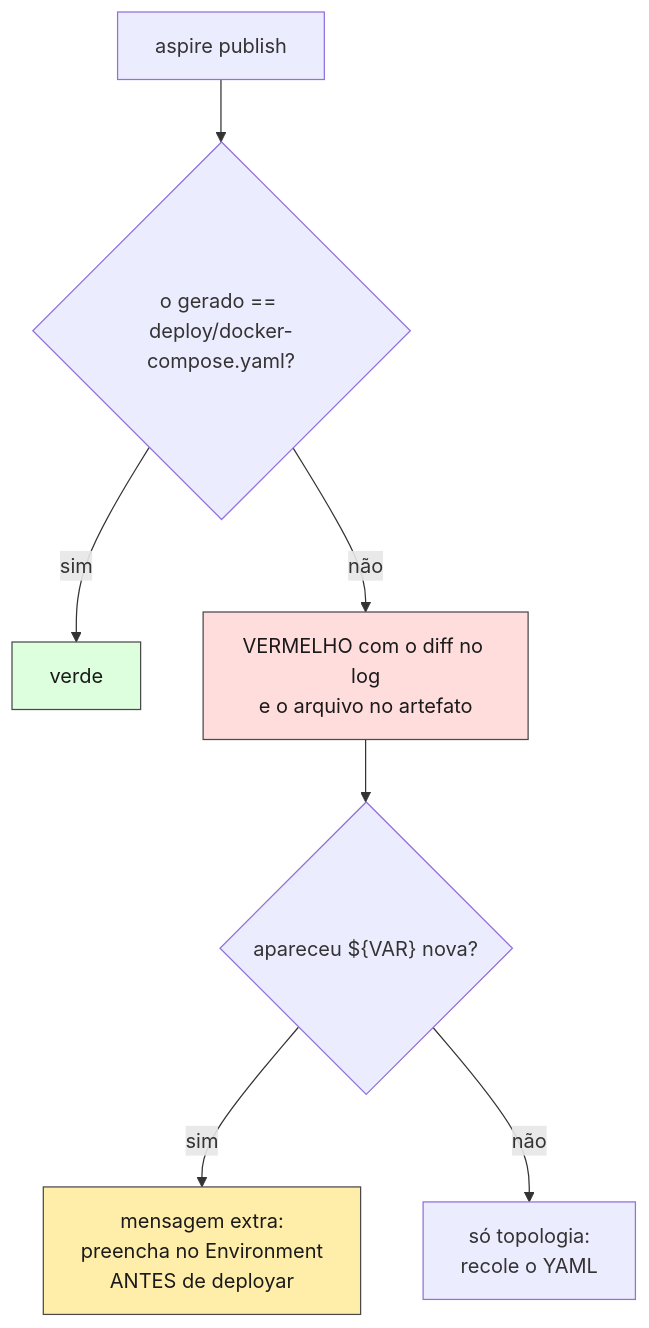
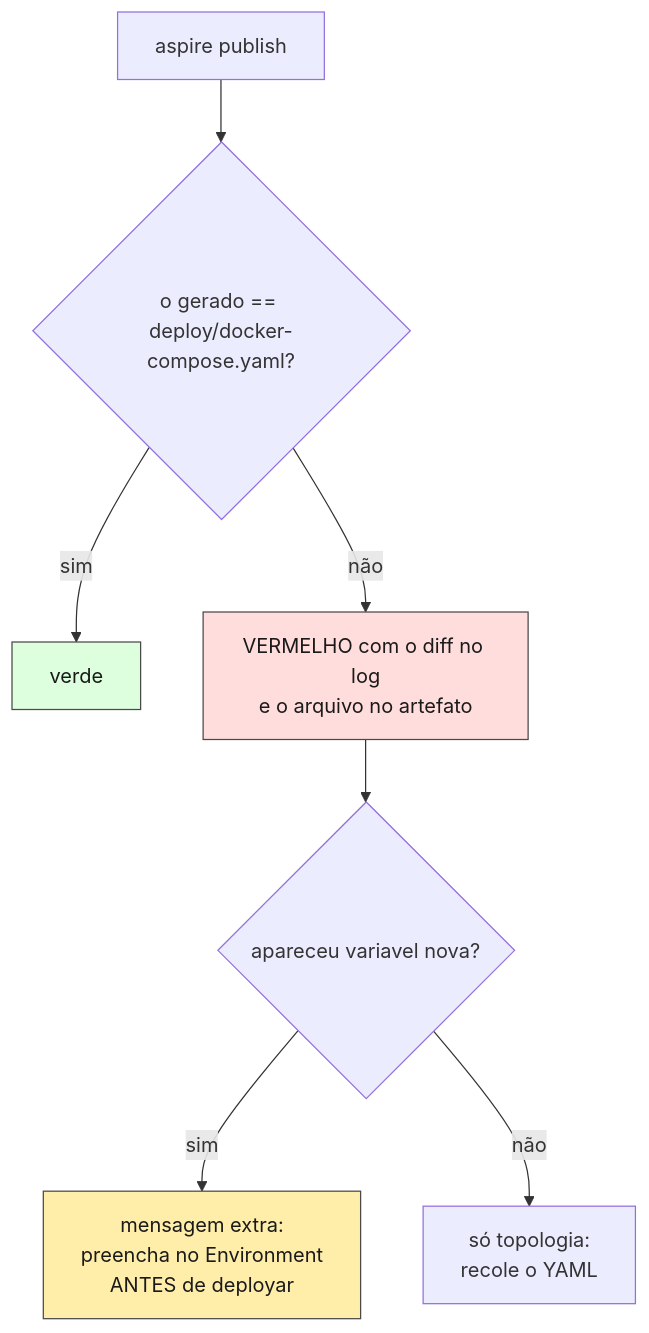
One commit to procfit/MLDemandForcastPOC changed the seventh of 11 diagrams in Docs/fluxo-de-entrega.md. Above: the diagram before and after it, drawn with Mermaid. The commit also changed other lines of this file and 3 other files, not shown here.

````diff
--- a/Docs/fluxo-de-entrega.md
+++ b/Docs/fluxo-de-entrega.md
@@ -184,13 +187,13 @@
 ```mermaid
 flowchart TB
     G["aspire publish"] --> D{"o gerado == deploy/docker-compose.yaml?"}
     D -->|"sim"| OK["verde"]
     D -->|"não"| E["VERMELHO com o diff no log<br/>e o arquivo no artefato"]
-    E --> V{"apareceu ${VAR} nova?"}
+    E --> V{"apareceu variavel nova?"}
     V -->|"sim"| VN["mensagem extra:<br/>preencha no Environment<br/>ANTES de deployar"]
     V -->|"não"| TO["só topologia:<br/>recole o YAML"]
 
     style OK fill:#dfd,stroke:#4a4a4a,color:#1a1a1a
     style E fill:#fdd,stroke:#4a4a4a,color:#1a1a1a
     style VN fill:#fea,stroke:#4a4a4a,color:#1a1a1a
 ```
````
